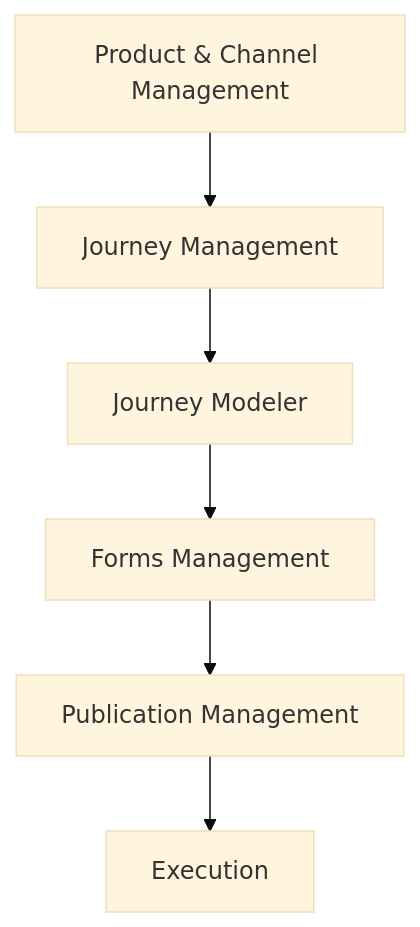
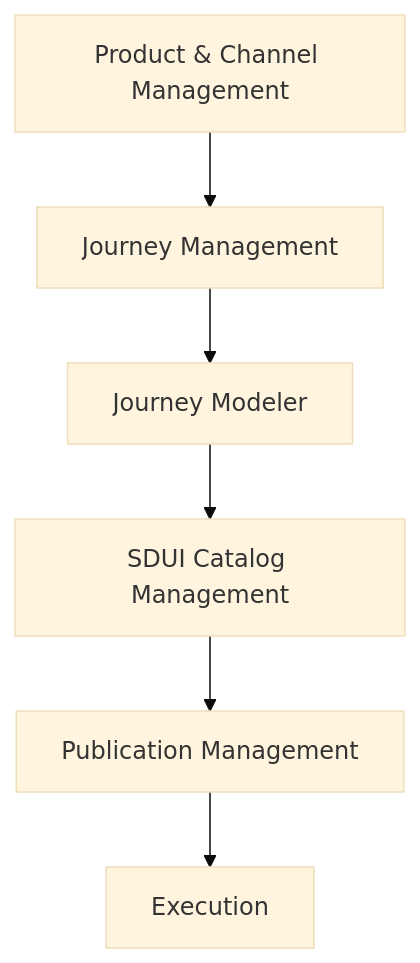
One commit to hermesnet-git/journey-admin changed the seventh of 9 diagrams in requisitos/admin/ej-admin-arquitetura-logica.md. Above: the diagram before and after it, drawn with Mermaid (base theme). The commit also changed other lines of this file and 230 other files, not shown here.

````diff
--- a/requisitos/admin/ej-admin-arquitetura-logica.md
+++ b/requisitos/admin/ej-admin-arquitetura-logica.md
@@ -501,15 +512,15 @@
 ```mermaid
 flowchart TD
     CATALOG[Product & Channel Management]
     JOURNEY[Journey Management]
     MODELER[Journey Modeler]
-    FORMS[Forms Management]
+    SDUI[SDUI Catalog Management]
     PUBLICATION[Publication Management]
     EXECUTION[Execution]
 
     CATALOG --> JOURNEY
     JOURNEY --> MODELER
-    MODELER --> FORMS
-    FORMS --> PUBLICATION
+    MODELER --> SDUI
+    SDUI --> PUBLICATION
     PUBLICATION --> EXECUTION
 ```
````
